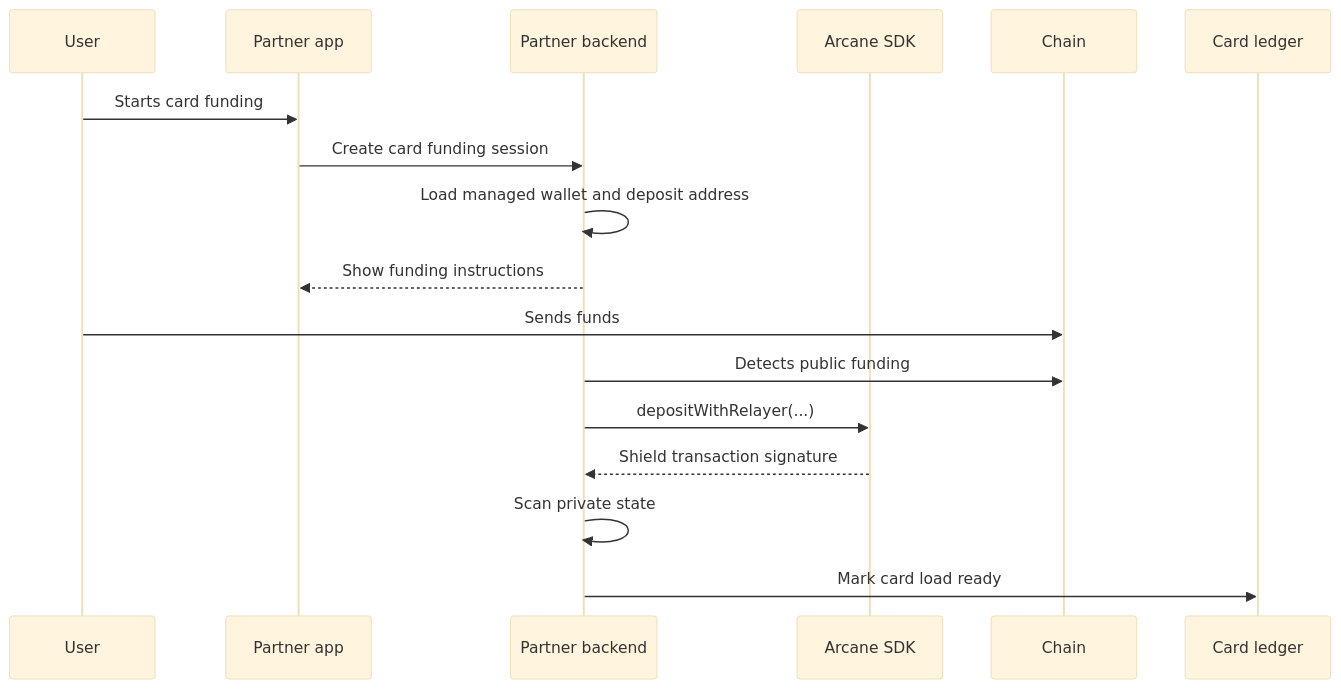
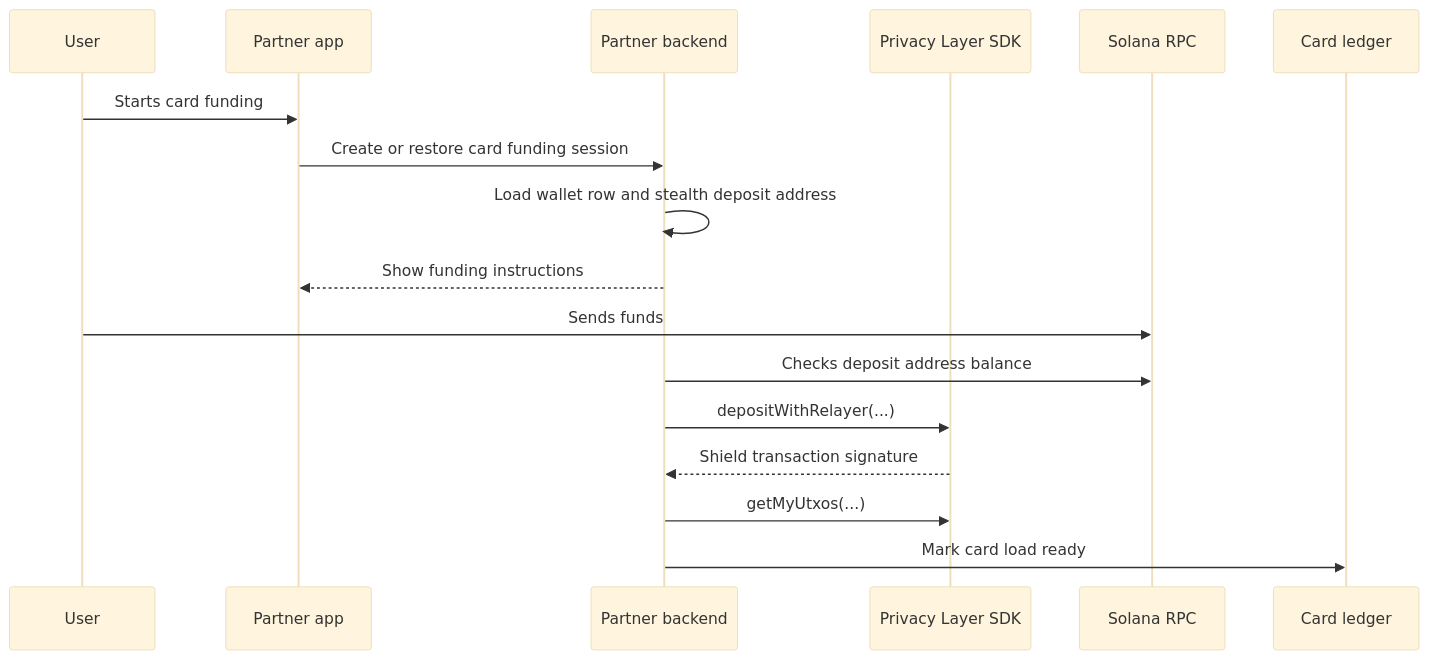
Before and after one commit to Polynom-Labs/docs: the diagram in integration-guides/private-card-funding.mdx, drawn with Mermaid (base theme). The commit also changed other lines of this file and 48 other files, not shown here.

````diff
--- a/integration-guides/private-card-funding.mdx
+++ b/integration-guides/private-card-funding.mdx
@@ -20,20 +12,20 @@
 ```mermaid
 sequenceDiagram
   participant User
   participant App as Partner app
   participant Backend as Partner backend
-  participant SDK as Arcane SDK
-  participant Chain
+  participant SDK as Privacy Layer SDK
+  participant RPC as Solana RPC
   participant Card as Card ledger
 
   User->>App: Starts card funding
-  App->>Backend: Create card funding session
-  Backend->>Backend: Load managed wallet and deposit address
+  App->>Backend: Create or restore card funding session
+  Backend->>Backend: Load wallet row and stealth deposit address
   Backend-->>App: Show funding instructions
-  User->>Chain: Sends funds
-  Backend->>Chain: Detects public funding
+  User->>RPC: Sends funds
+  Backend->>RPC: Checks deposit address balance
   Backend->>SDK: depositWithRelayer(...)
   SDK-->>Backend: Shield transaction signature
-  Backend->>Backend: Scan private state
+  Backend->>SDK: getMyUtxos(...)
   Backend->>Card: Mark card load ready
 ```
````
